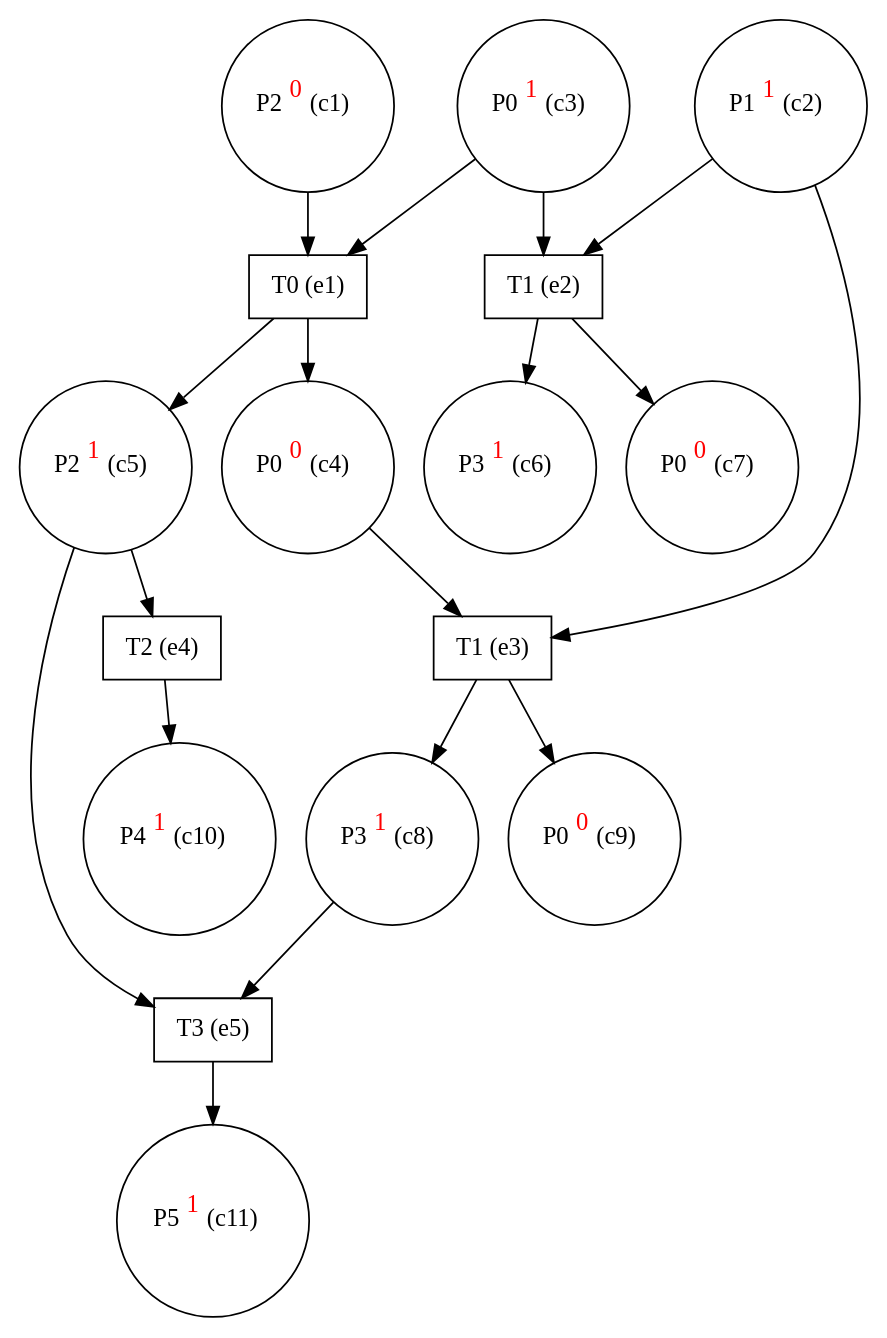
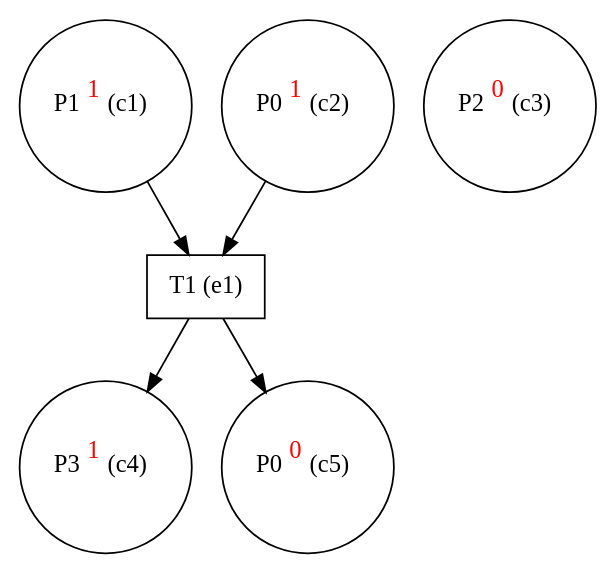
The diagram in small_eg.dot (giannkas/ecofolder), drawn with Graphviz before and after one commit. The commit also changed 7 other files, not shown here.

```diff
--- a/small_eg.dot
+++ b/small_eg.dot
@@ -1,35 +1,12 @@
 digraph test {
   c1 -> e1;
-  c2 -> e3;
-  c2 -> e2;
-  c3 -> e2;
-  c3 -> e1;
+  c2 -> e1;
   e1 -> c4;
-  c4 -> e3;
   e1 -> c5;
-  c5 -> e5;
-  c5 -> e4;
-  e2 -> c6;
-  e2 -> c7;
-  e3 -> c8;
-  c8 -> e5;
-  e3 -> c9;
-  e4 -> c10;
-  e5 -> c11;
-  c1 [label= <P2<FONT COLOR="red"><SUP>0</SUP></FONT>&nbsp;(c1)> shape=circle];
-  c2 [label= <P1<FONT COLOR="red"><SUP>1</SUP></FONT>&nbsp;(c2)> shape=circle];
-  c3 [label= <P0<FONT COLOR="red"><SUP>1</SUP></FONT>&nbsp;(c3)> shape=circle];
-  c4 [label= <P0<FONT COLOR="red"><SUP>0</SUP></FONT>&nbsp;(c4)> shape=circle];
-  c5 [label= <P2<FONT COLOR="red"><SUP>1</SUP></FONT>&nbsp;(c5)> shape=circle];
-  c6 [label= <P3<FONT COLOR="red"><SUP>1</SUP></FONT>&nbsp;(c6)> shape=circle];
-  c7 [label= <P0<FONT COLOR="red"><SUP>0</SUP></FONT>&nbsp;(c7)> shape=circle];
-  c8 [label= <P3<FONT COLOR="red"><SUP>1</SUP></FONT>&nbsp;(c8)> shape=circle];
-  c9 [label= <P0<FONT COLOR="red"><SUP>0</SUP></FONT>&nbsp;(c9)> shape=circle];
-  c10 [label= <P4<FONT COLOR="red"><SUP>1</SUP></FONT>&nbsp;(c10)> shape=circle];
-  c11 [label= <P5<FONT COLOR="red"><SUP>1</SUP></FONT>&nbsp;(c11)> shape=circle];
-  e1 [label="T0 (e1)" shape=box];
-  e2 [label="T1 (e2)" shape=box];
-  e3 [label="T1 (e3)" shape=box];
-  e4 [label="T2 (e4)" shape=box];
-  e5 [label="T3 (e5)" shape=box];
+  c1 [label= <P1<FONT COLOR="red"><SUP>1</SUP></FONT>&nbsp;(c1)> shape=circle];
+  c2 [label= <P0<FONT COLOR="red"><SUP>1</SUP></FONT>&nbsp;(c2)> shape=circle];
+  c3 [label= <P2<FONT COLOR="red"><SUP>0</SUP></FONT>&nbsp;(c3)> shape=circle];
+  c4 [label= <P3<FONT COLOR="red"><SUP>1</SUP></FONT>&nbsp;(c4)> shape=circle];
+  c5 [label= <P0<FONT COLOR="red"><SUP>0</SUP></FONT>&nbsp;(c5)> shape=circle];
+  e1 [label="T1 (e1)" shape=box];
 }
```
